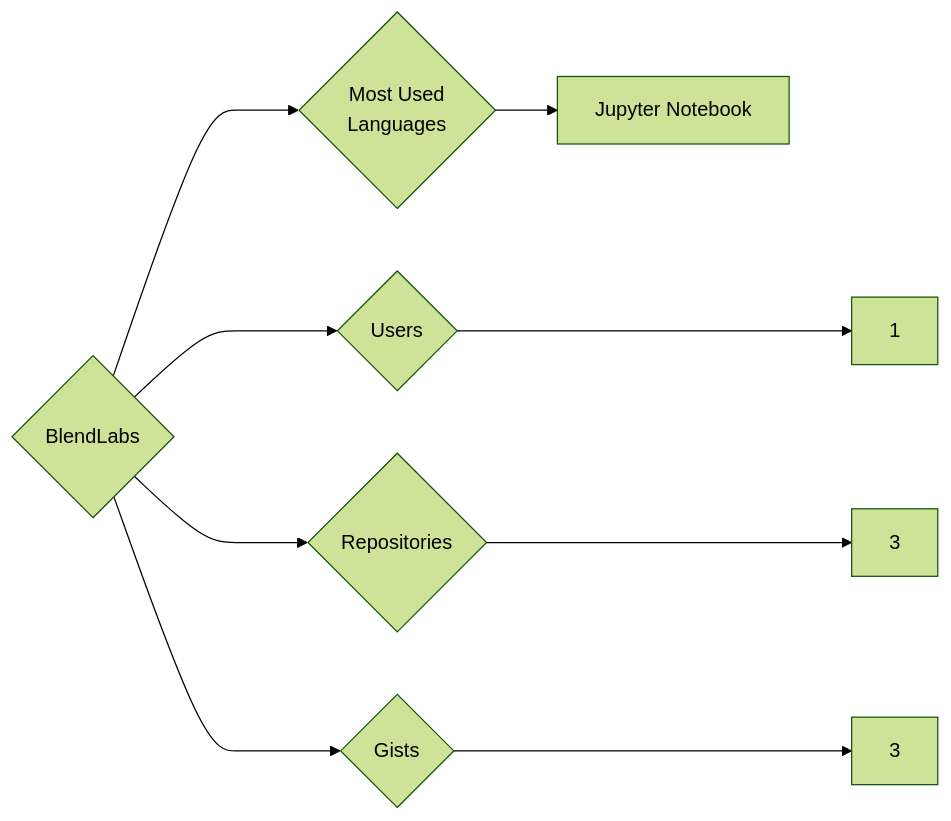
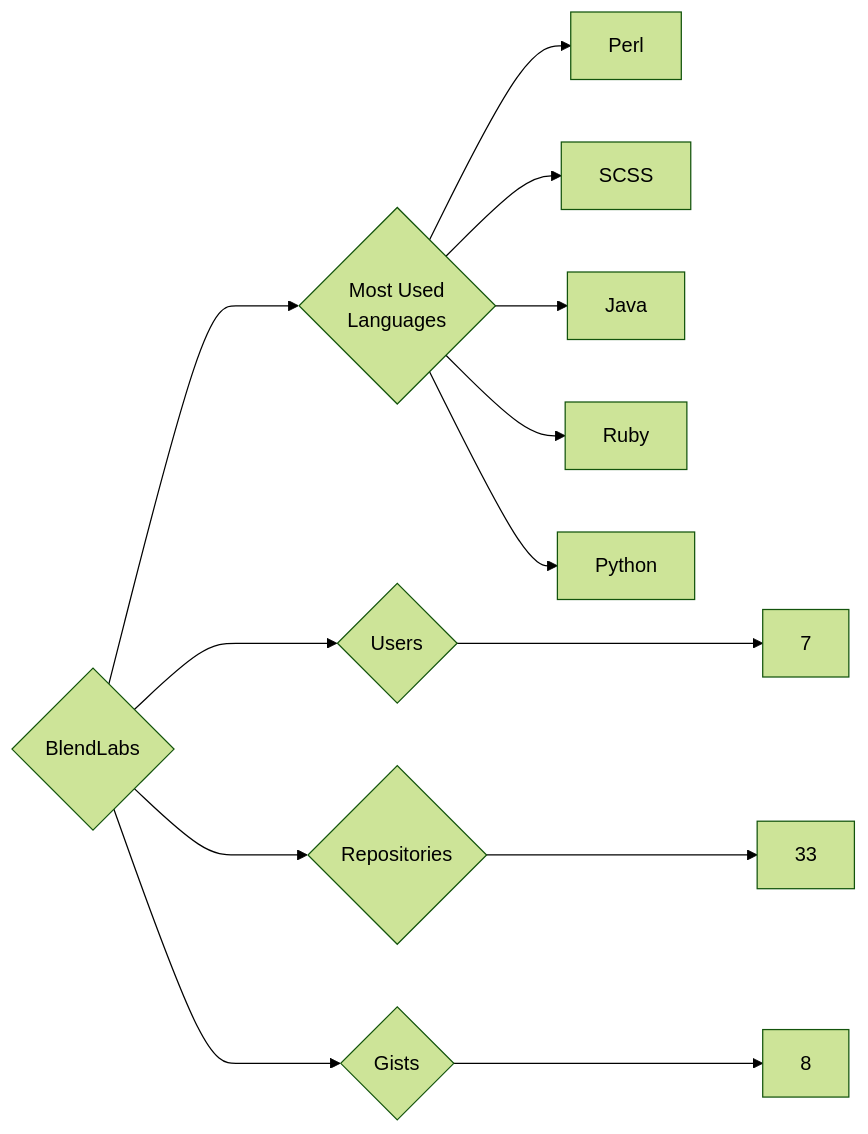
One commit to trickest/insiders changed the diagram in targets/BlendLabs/README.md. Above: the diagram before and after it, drawn with Mermaid (forest theme). The commit also changed 1314 other files, not shown here.

````diff
--- a/targets/BlendLabs/README.md
+++ b/targets/BlendLabs/README.md
@@ -3,9 +3,13 @@
 ```mermaid
 graph LR
 COMPANY_NAME{BlendLabs}
-COMPANY_NAME ---> U{Users} ---> UN[1]
-COMPANY_NAME ---> R{Repositories} ---> RN[3]
-COMPANY_NAME ---> G{Gists} ---> GN[3]
+COMPANY_NAME ---> U{Users} ---> UN[7]
+COMPANY_NAME ---> R{Repositories} ---> RN[33]
+COMPANY_NAME ---> G{Gists} ---> GN[8]
 COMPANY_NAME ---> ML{Most Used<br>Languages}
-ML --> Jupyter_Notebook[Jupyter Notebook]
+ML --> Perl[Perl]
+ML --> SCSS[SCSS]
+ML --> Java[Java]
+ML --> Ruby[Ruby]
+ML --> Python[Python]
 ```
````
